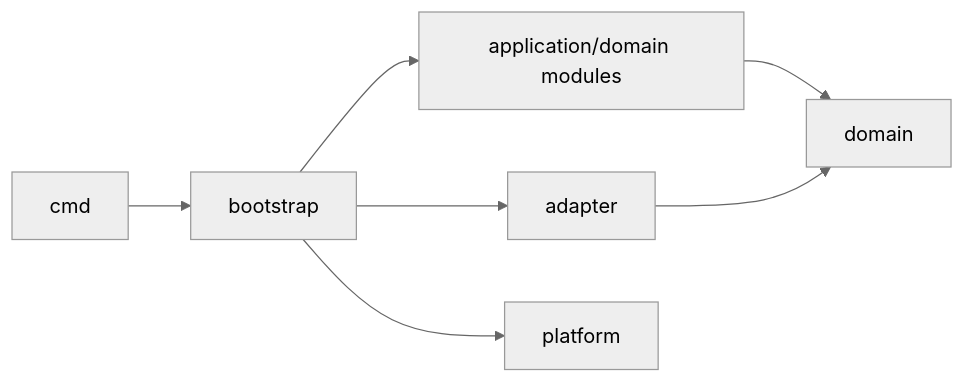
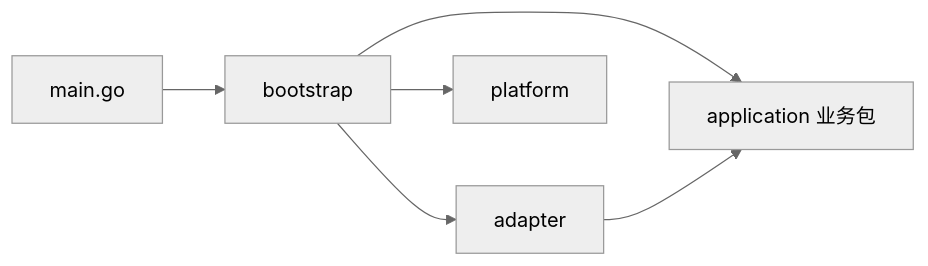
One commit to StephenQiu30/then-server changed the first of 2 diagrams in docs/design/02-后端架构.md. Above: the diagram before and after it, drawn with Mermaid (neutral theme). The commit also changed other lines of this file and 50 other files, not shown here.

````diff
--- a/docs/design/02-后端架构.md
+++ b/docs/design/02-后端架构.md
@@ -107,9 +106,8 @@
 ```mermaid
 flowchart LR
-    Command[cmd] --> Bootstrap[bootstrap]
-    Bootstrap --> Application[application/domain modules]
+    Command[main.go] --> Bootstrap[bootstrap]
+    Bootstrap --> Application[application 业务包]
     Bootstrap --> Adapter[adapter]
     Bootstrap --> Platform[platform]
-    Application --> Domain[domain]
-    Adapter --> Domain
+    Adapter --> Application
 ```
````
